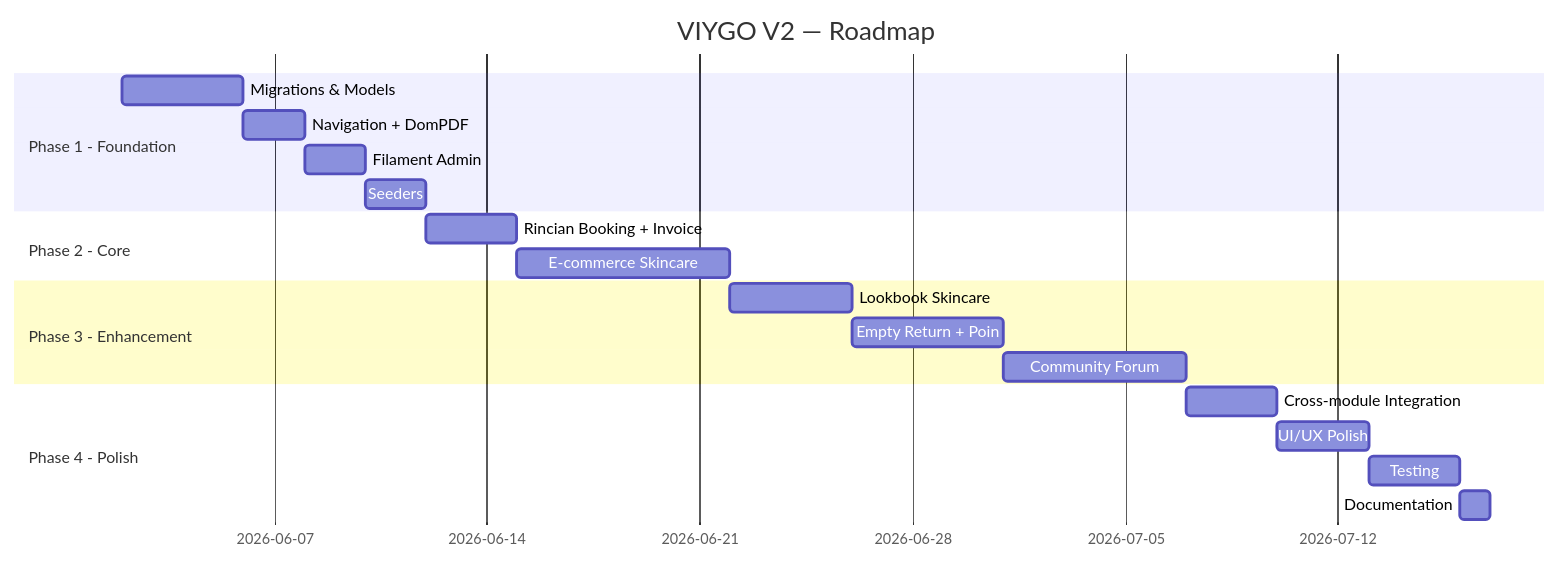
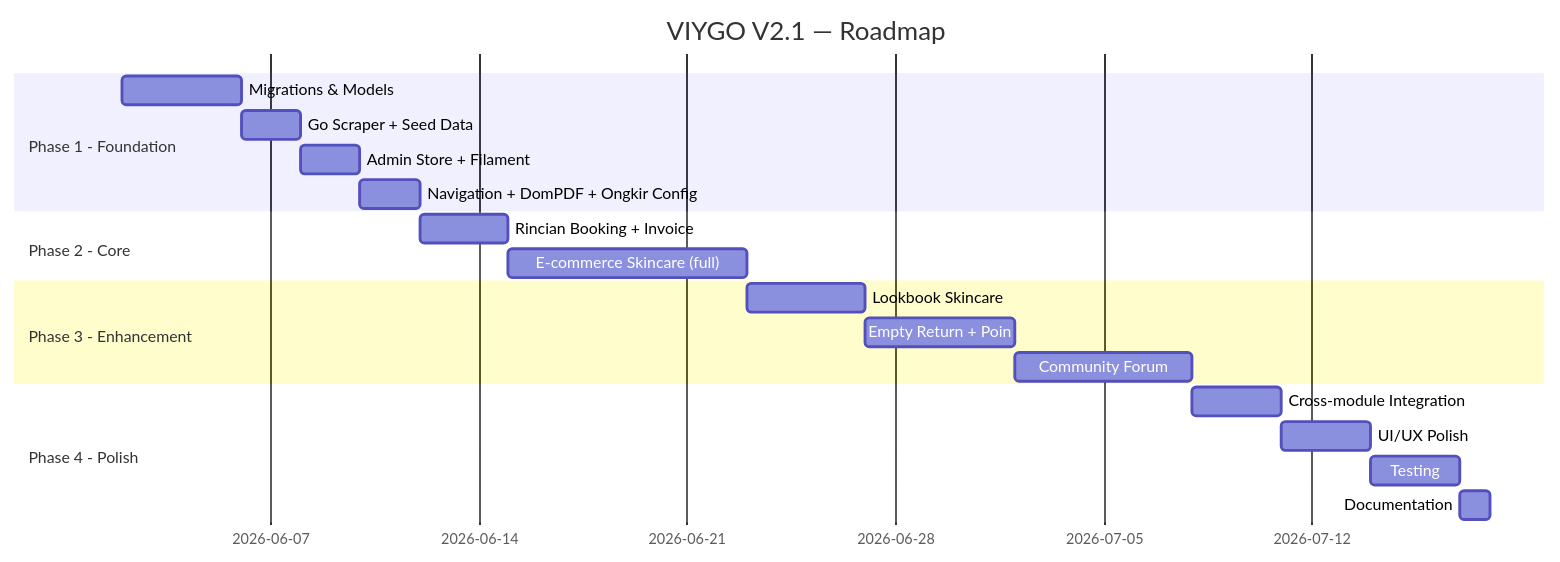
The fifth of 5 diagrams in docs/PRD_VIYGO_V2.md (yopalll/au123-pk6m), drawn with Mermaid before and after one commit. The commit also changed other lines of this file, not shown here.

Commit message:
docs: update PRD v2.1 -- fresh.com scraper, admin store, ongkir api.co.id, wishlist, skincare finder

````diff
--- a/docs/PRD_VIYGO_V2.md
+++ b/docs/PRD_VIYGO_V2.md
@@ -1179,26 +1813,26 @@
 ```mermaid
 gantt
-    title VIYGO V2 — Roadmap
+    title VIYGO V2.1 — Roadmap
     dateFormat  YYYY-MM-DD
 
     section Phase 1 - Foundation
     Migrations & Models       :p1a, 2026-06-02, 4d
-    Navigation + DomPDF       :p1b, after p1a, 2d
-    Filament Admin            :p1c, after p1b, 2d
-    Seeders                   :p1d, after p1c, 2d
+    Go Scraper + Seed Data    :p1b, after p1a, 2d
+    Admin Store + Filament    :p1c, after p1b, 2d
+    Navigation + DomPDF + Ongkir Config :p1d, after p1c, 2d
 
     section Phase 2 - Core
     Rincian Booking + Invoice :p2a, after p1d, 3d
-    E-commerce Skincare       :p2b, after p2a, 7d
+    E-commerce Skincare (full):p2b, after p2a, 8d
 
     section Phase 3 - Enhancement
     Lookbook Skincare         :p3a, after p2b, 4d
     Empty Return + Poin       :p3b, after p3a, 5d
     Community Forum           :p3c, after p3b, 6d
 
     section Phase 4 - Polish
     Cross-module Integration  :p4a, after p3c, 3d
     UI/UX Polish              :p4b, after p4a, 3d
     Testing                   :p4c, after p4b, 3d
     Documentation             :p4d, after p4c, 1d
 ```
````
